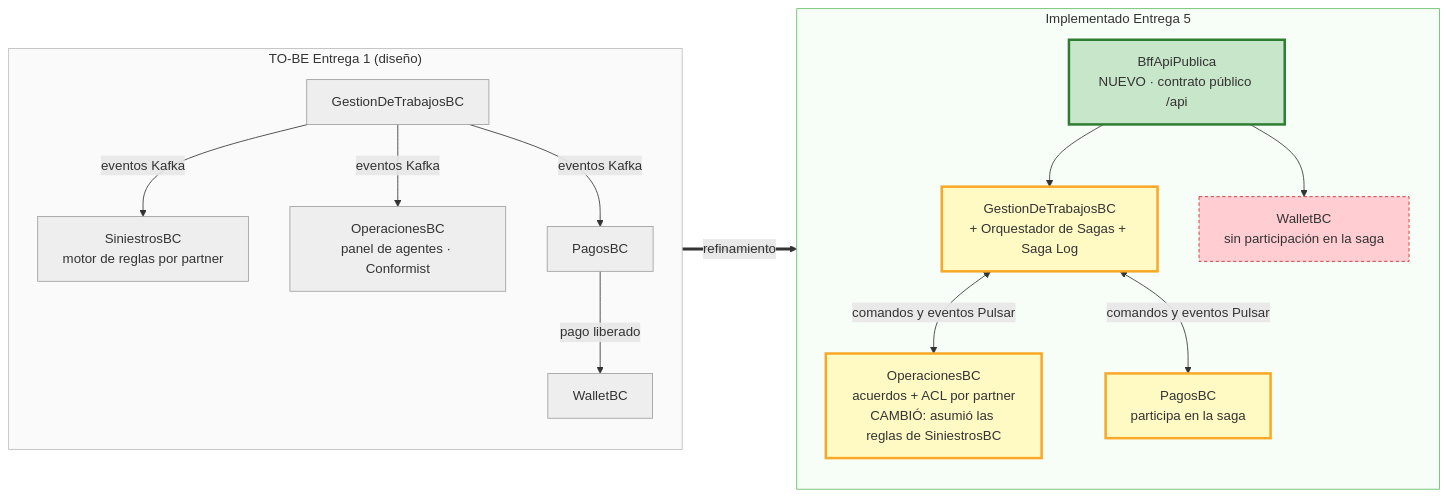
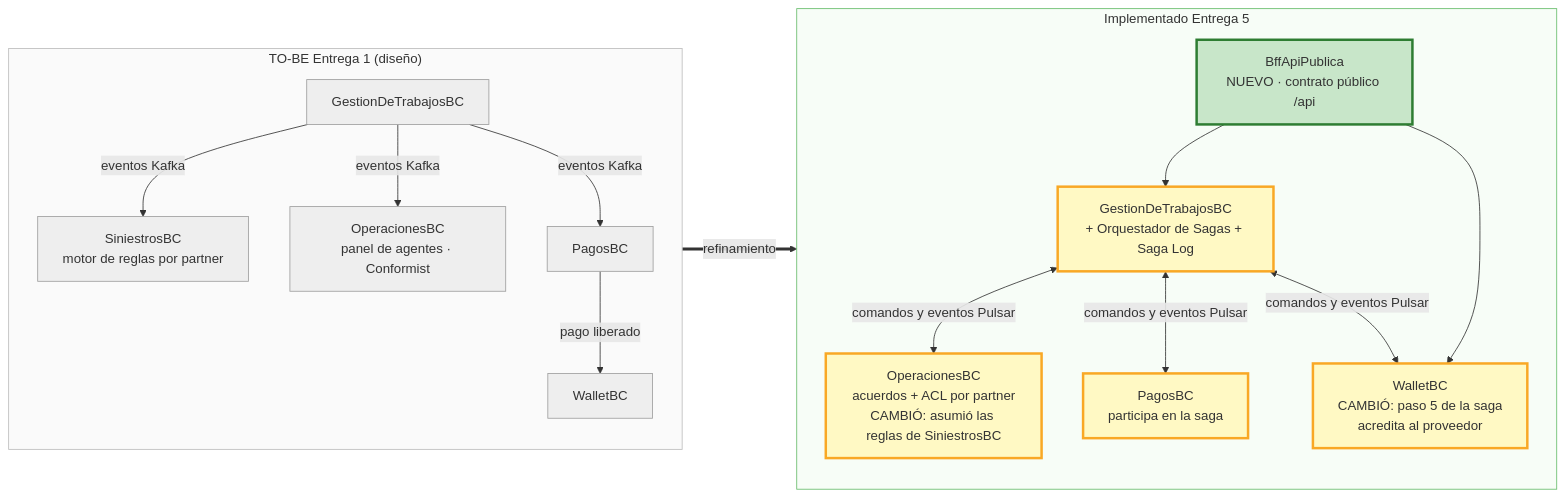
One commit to criscont17/hogar-de-los-alpes changed the first of 6 diagrams in docs/semana-7/arquitectura-to-be-refinada.md. Above: the diagram before and after it, drawn with Mermaid. The commit also changed other lines of this file and 8 other files, not shown here.

````diff
--- a/docs/semana-7/arquitectura-to-be-refinada.md
+++ b/docs/semana-7/arquitectura-to-be-refinada.md
@@ -43,41 +44,40 @@
 ```mermaid
 flowchart LR
     subgraph ANTES["TO-BE Entrega 1 (diseño)"]
         direction TB
         A_CORE["GestionDeTrabajosBC"]
         A_SIN["SiniestrosBC<br/>motor de reglas por partner"]
         A_OPS["OperacionesBC<br/>panel de agentes · Conformist"]
         A_PAG["PagosBC"]
         A_WAL["WalletBC"]
         A_CORE -->|"eventos Kafka"| A_SIN
         A_CORE -->|"eventos Kafka"| A_OPS
         A_CORE -->|"eventos Kafka"| A_PAG
         A_PAG -->|"pago liberado"| A_WAL
     end
 
     subgraph DESPUES["Implementado Entrega 5"]
         direction TB
         D_BFF["BffApiPublica<br/>NUEVO · contrato público /api"]
         D_CORE["GestionDeTrabajosBC<br/>+ Orquestador de Sagas + Saga Log"]
         D_OPS["OperacionesBC<br/>acuerdos + ACL por partner<br/>CAMBIÓ: asumió las reglas de SiniestrosBC"]
         D_PAG["PagosBC<br/>participa en la saga"]
-        D_WAL["WalletBC<br/>sin participación en la saga"]
+        D_WAL["WalletBC<br/>CAMBIÓ: paso 5 de la saga<br/>acredita al proveedor"]
         D_BFF --> D_CORE
         D_CORE <-->|"comandos y eventos Pulsar"| D_OPS
         D_CORE <-->|"comandos y eventos Pulsar"| D_PAG
+        D_CORE <-->|"comandos y eventos Pulsar"| D_WAL
         D_BFF --> D_WAL
     end
 
     ANTES ==>|"refinamiento"| DESPUES
 
     classDef nuevo fill:#c8e6c9,stroke:#2e7d32,stroke-width:3px
     classDef cambio fill:#fff9c4,stroke:#f9a825,stroke-width:3px
-    classDef pendiente fill:#ffcdd2,stroke:#c62828,stroke-dasharray:4 3
     classDef viejo fill:#eeeeee,stroke:#9e9e9e
     class D_BFF nuevo
-    class D_CORE,D_OPS,D_PAG cambio
-    class D_WAL pendiente
+    class D_CORE,D_OPS,D_PAG,D_WAL cambio
     class A_CORE,A_SIN,A_OPS,A_PAG,A_WAL viejo
     style ANTES fill:#fafafa,stroke:#bdbdbd
     style DESPUES fill:#f7fdf7,stroke:#66bb6a
 ```
````
